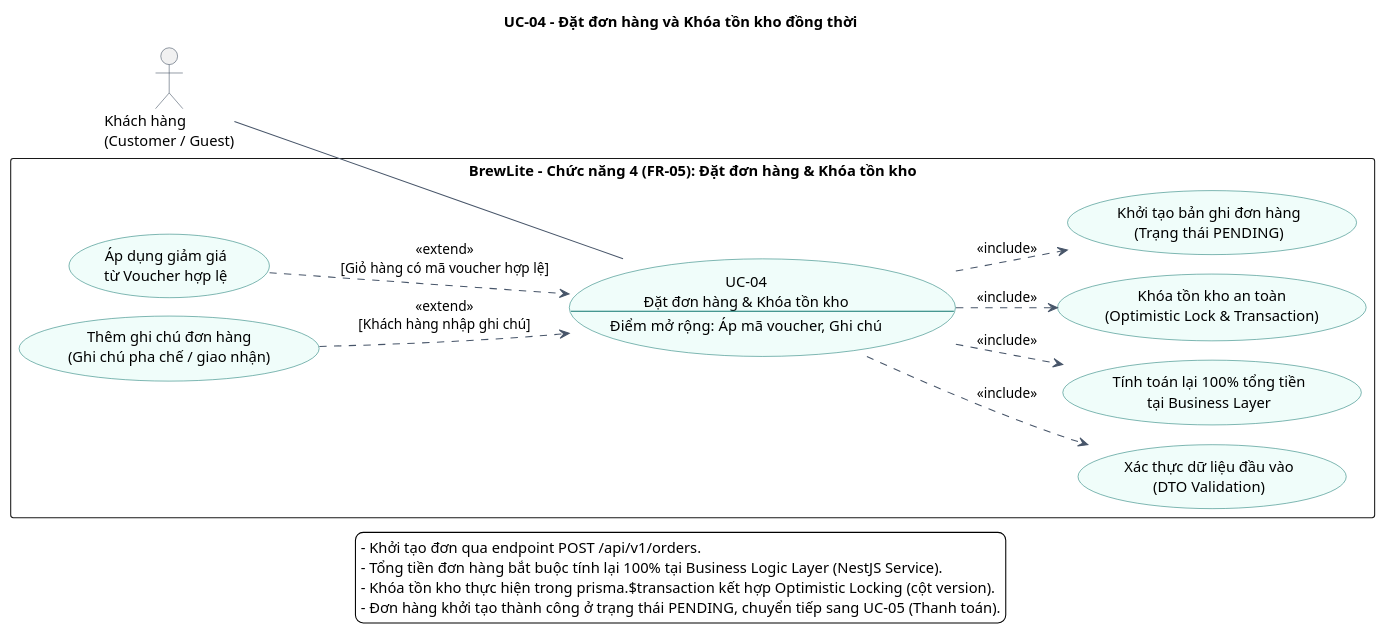
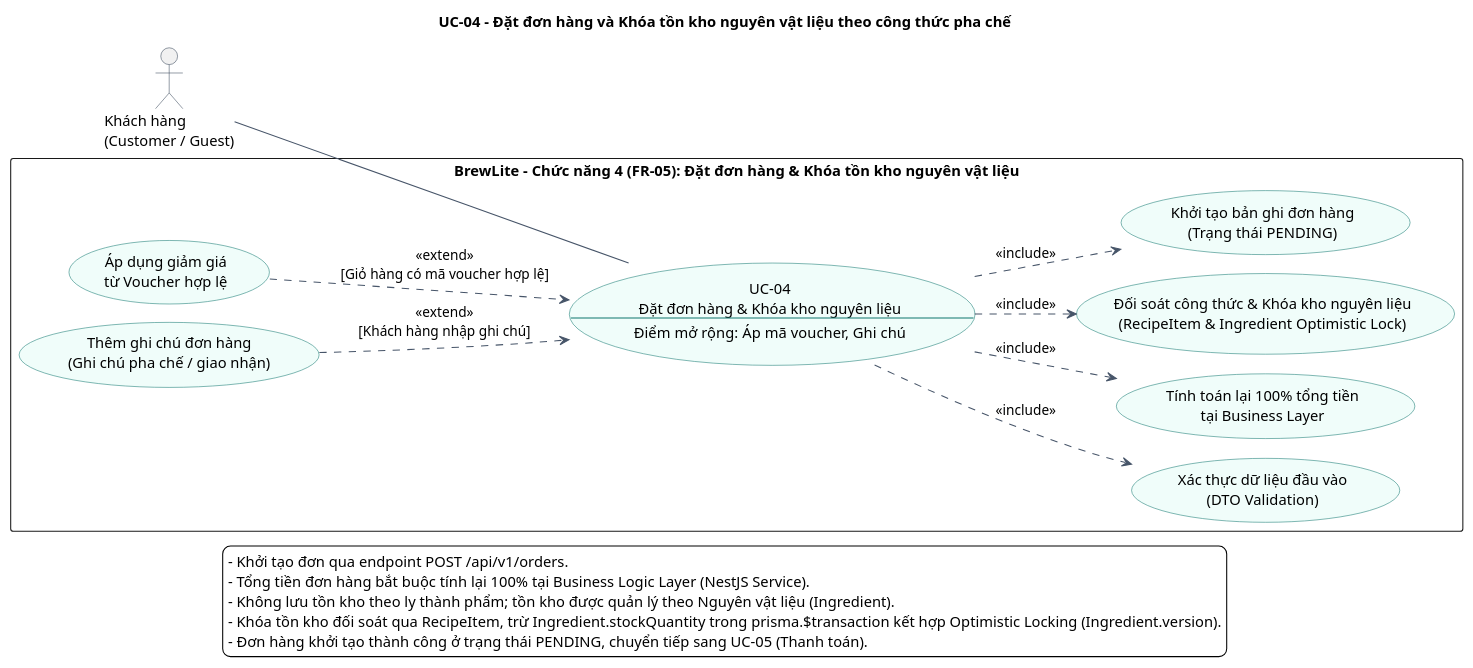
Before and after one commit to SamuiSang/brewlite2: the diagram in docs/diagrams/uc-04-create-order.puml, drawn with PlantUML. The commit also changed 2 other files, not shown here.

```diff
--- a/docs/diagrams/uc-04-create-order.puml
+++ b/docs/diagrams/uc-04-create-order.puml
@@ -1,41 +1,42 @@
 @startuml uc-04-create-order
 !pragma layout smetana
 left to right direction
 skinparam backgroundColor white
 skinparam shadowing false
 skinparam defaultFontName SansSerif
 skinparam packageStyle rectangle
 skinparam ArrowColor #475569
 skinparam usecaseBackgroundColor #F0FDFA
 skinparam usecaseBorderColor #0F766E
 skinparam actorBorderColor #334155
-title UC-04 - Đặt đơn hàng và Khóa tồn kho đồng thời
+title UC-04 - Đặt đơn hàng và Khóa tồn kho nguyên vật liệu theo công thức pha chế
 
 actor "Khách hàng\n(Customer / Guest)" as Customer
 
-rectangle "BrewLite - Chức năng 4 (FR-05): Đặt đơn hàng & Khóa tồn kho" {
-  usecase "UC-04\nĐặt đơn hàng & Khóa tồn kho\n--\nĐiểm mở rộng: Áp mã voucher, Ghi chú" as CreateOrder
+rectangle "BrewLite - Chức năng 4 (FR-05): Đặt đơn hàng & Khóa tồn kho nguyên vật liệu" {
+  usecase "UC-04\nĐặt đơn hàng & Khóa kho nguyên liệu\n--\nĐiểm mở rộng: Áp mã voucher, Ghi chú" as CreateOrder
   usecase "Xác thực dữ liệu đầu vào\n(DTO Validation)" as ValidateDTO
   usecase "Tính toán lại 100% tổng tiền\ntại Business Layer" as RecalculatePrice
-  usecase "Khóa tồn kho an toàn\n(Optimistic Lock & Transaction)" as LockInventory
+  usecase "Đối soát công thức & Khóa kho nguyên liệu\n(RecipeItem & Ingredient Optimistic Lock)" as LockInventory
   usecase "Khởi tạo bản ghi đơn hàng\n(Trạng thái PENDING)" as InitOrder
   usecase "Áp dụng giảm giá\ntừ Voucher hợp lệ" as ApplyVoucher
   usecase "Thêm ghi chú đơn hàng\n(Ghi chú pha chế / giao nhận)" as AddNote
 
   CreateOrder ..> ValidateDTO : <<include>>
   CreateOrder ..> RecalculatePrice : <<include>>
   CreateOrder ..> LockInventory : <<include>>
   CreateOrder ..> InitOrder : <<include>>
   ApplyVoucher ..> CreateOrder : <<extend>>\n[Giỏ hàng có mã voucher hợp lệ]
   AddNote ..> CreateOrder : <<extend>>\n[Khách hàng nhập ghi chú]
 }
 
 Customer -- CreateOrder
 
 legend bottom
   - Khởi tạo đơn qua endpoint POST /api/v1/orders.
   - Tổng tiền đơn hàng bắt buộc tính lại 100% tại Business Logic Layer (NestJS Service).
-  - Khóa tồn kho thực hiện trong prisma.$transaction kết hợp Optimistic Locking (cột version).
+  - Không lưu tồn kho theo ly thành phẩm; tồn kho được quản lý theo Nguyên vật liệu (Ingredient).
+  - Khóa tồn kho đối soát qua RecipeItem, trừ Ingredient.stockQuantity trong prisma.$transaction kết hợp Optimistic Locking (Ingredient.version).
   - Đơn hàng khởi tạo thành công ở trạng thái PENDING, chuyển tiếp sang UC-05 (Thanh toán).
 endlegend
 @enduml
```
